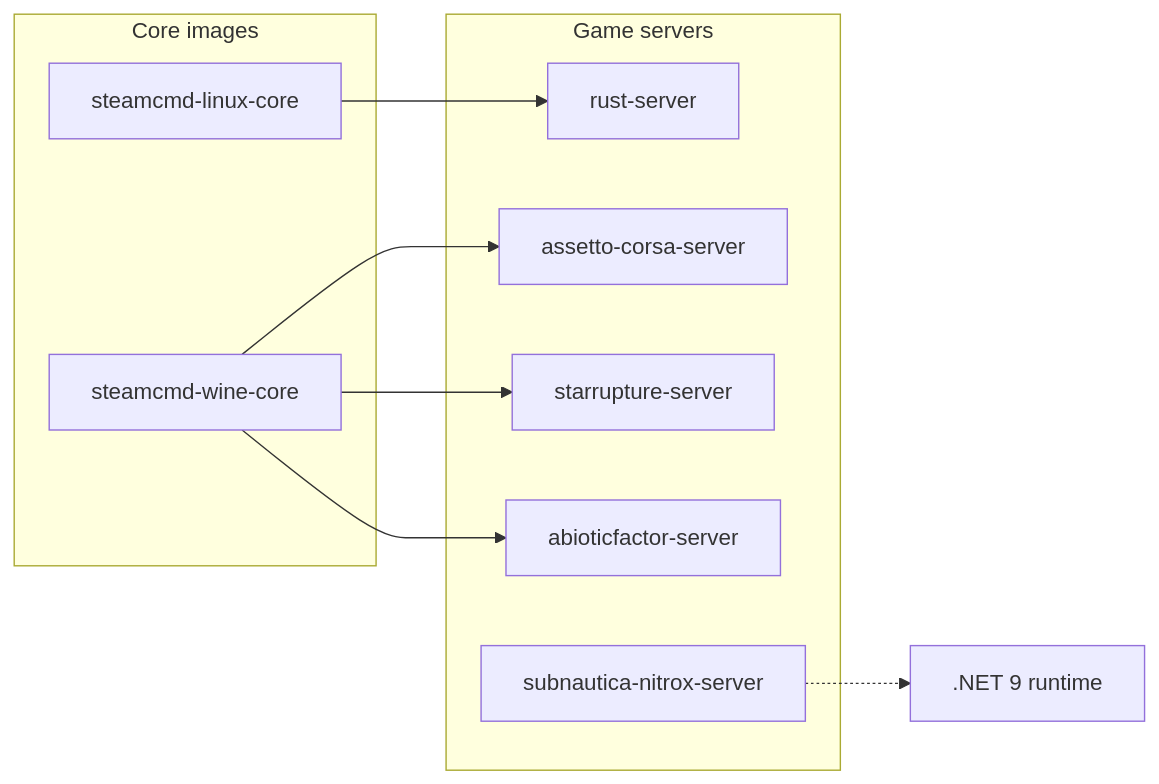
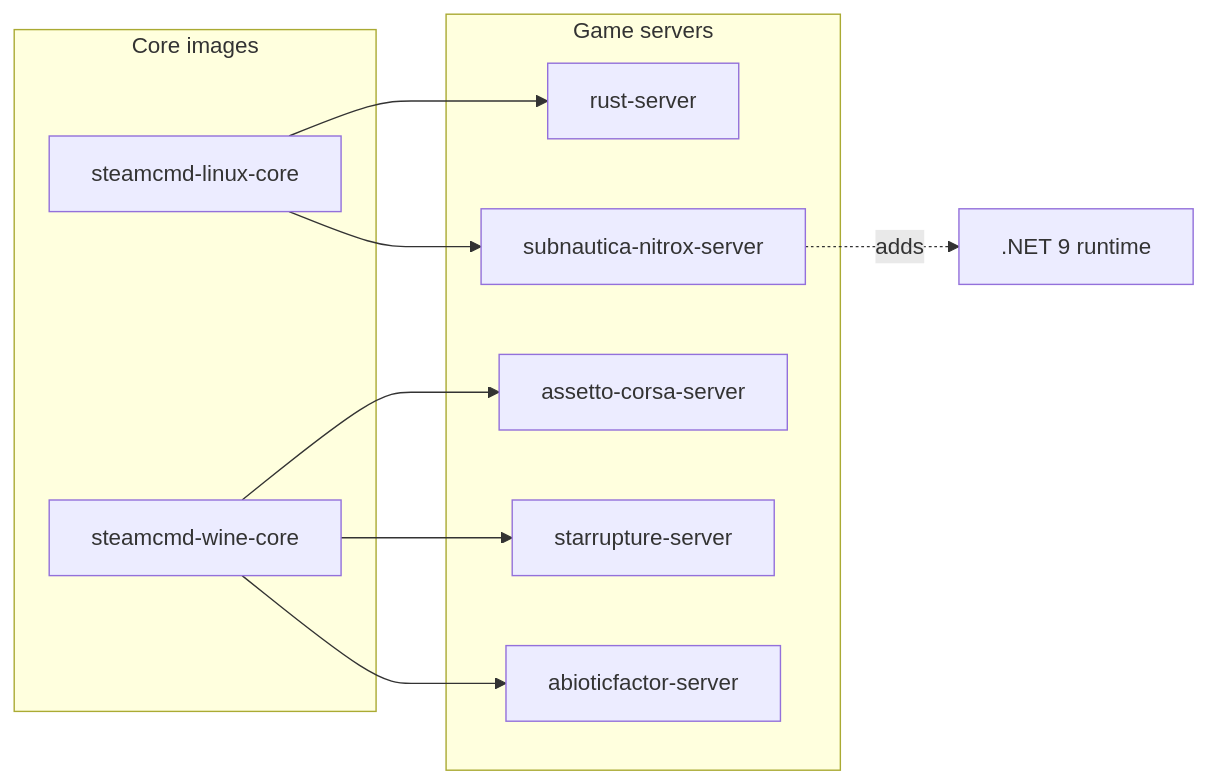
One commit to Monolithoid/steamcmd-servers changed the diagram in README.md. Above: the diagram before and after it, drawn with Mermaid. The commit also changed other lines of this file and 5 other files, not shown here.

Commit message:
rebase to linux-core image

````diff
--- a/README.md
+++ b/README.md
@@ -22,21 +22,22 @@
 ```mermaid
 flowchart LR
     subgraph Core images
         linux_core[steamcmd-linux-core]
         wine_core[steamcmd-wine-core]
     end
 
     subgraph Game servers
         rust[rust-server]
         assetto[assetto-corsa-server]
         starrupture[starrupture-server]
         abioticfactor[abioticfactor-server]
         subnautica_nitrox[subnautica-nitrox-server]
     end
 
     linux_core --> rust
+    linux_core --> subnautica_nitrox
     wine_core --> assetto
     wine_core --> starrupture
     wine_core --> abioticfactor
-    subnautica_nitrox -.-> dotnet_runtime[.NET 9 runtime]
+    subnautica_nitrox -. adds .-> dotnet_runtime[.NET 9 runtime]
 ```
````
